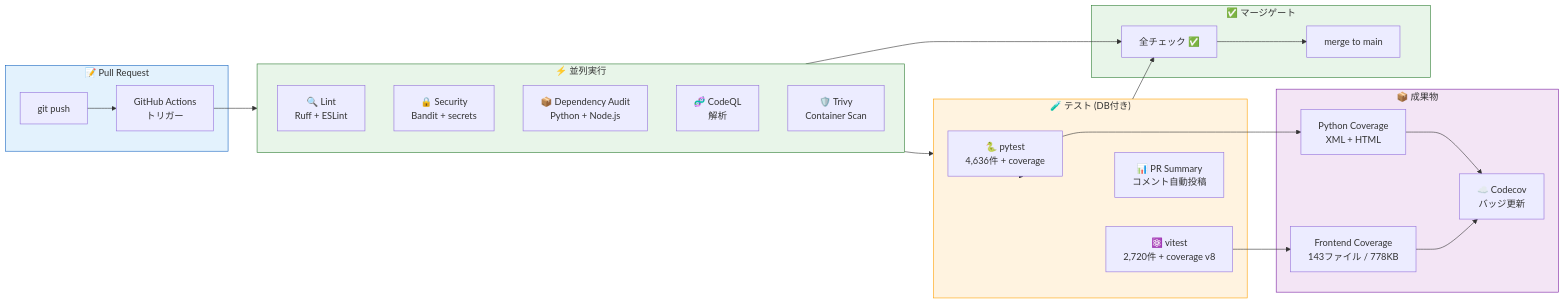
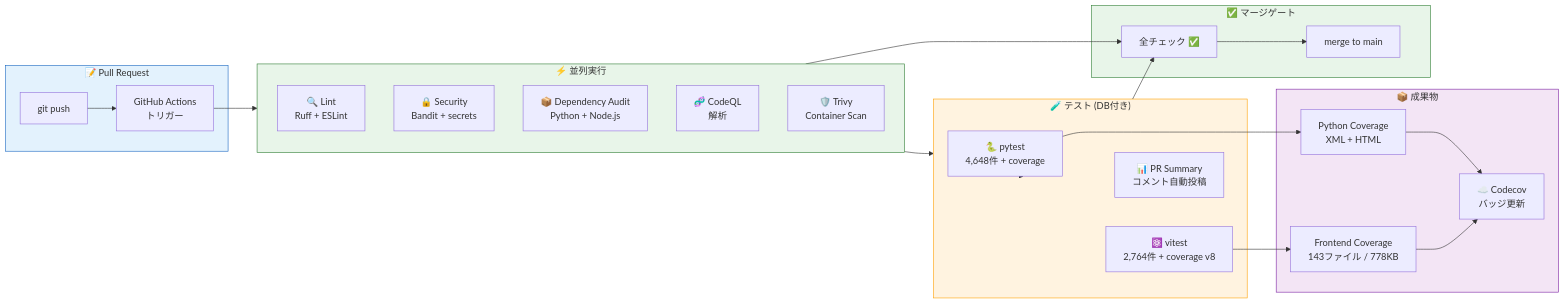
One commit to Kensan196948G/AEGIS-SIGHT changed the first of 6 diagrams in README.md. Above: the diagram before and after it, drawn with Mermaid. The commit also changed other lines of this file, not shown here.

First line of the commit message:
docs(readme): align mermaid + tree + STABLE rows with actual test counts (#536)

````diff
--- a/README.md
+++ b/README.md
@@ -144,46 +144,46 @@
 ```mermaid
 flowchart LR
     subgraph PR["📝 Pull Request"]
         PUSH["git push"] --> TRIGGER["GitHub Actions\nトリガー"]
     end
 
     subgraph PARALLEL["⚡ 並列実行"]
         direction TB
         LINT["🔍 Lint\nRuff + ESLint"]
         SEC["🔒 Security\nBandit + secrets"]
         DEPS["📦 Dependency Audit\nPython + Node.js"]
         CODEQL["🧬 CodeQL\n解析"]
         TRIVY["🛡️ Trivy\nContainer Scan"]
     end
 
     subgraph TEST["🧪 テスト (DB付き)"]
-        PYTEST["🐍 pytest\n4,636件 + coverage"]
-        VITEST["⚛️ vitest\n2,720件 + coverage v8"]
+        PYTEST["🐍 pytest\n4,648件 + coverage"]
+        VITEST["⚛️ vitest\n2,764件 + coverage v8"]
         REPORT["📊 PR Summary\nコメント自動投稿"]
     end
 
     subgraph ARTIFACTS["📦 成果物"]
         PY_COV["Python Coverage\nXML + HTML"]
         FE_COV["Frontend Coverage\n143ファイル / 778KB"]
         CODECOV["☁️ Codecov\nバッジ更新"]
     end
 
     subgraph GATE["✅ マージゲート"]
         GREEN["全チェック ✅"] --> MERGE["merge to main"]
     end
 
     TRIGGER --> PARALLEL
     PARALLEL --> TEST
     TEST --> PYTEST & VITEST
     PYTEST --> PY_COV
     VITEST --> FE_COV
     PY_COV & FE_COV --> CODECOV
     TEST --> REPORT
     PARALLEL & TEST --> GREEN
 
     style PR fill:#E3F2FD,stroke:#1565C0
     style PARALLEL fill:#E8F5E9,stroke:#2E7D32
     style TEST fill:#FFF3E0,stroke:#FFA000
     style ARTIFACTS fill:#F3E5F5,stroke:#7B1FA2
     style GATE fill:#E8F5E9,stroke:#2E7D32
 ```
````
